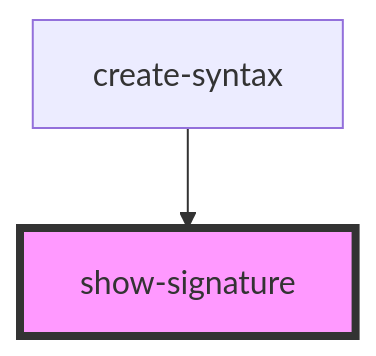
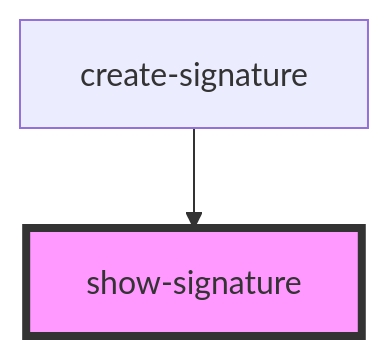
One commit to rhazn/logic-components changed the diagram in src/components/show-signature/readme.md. Above: the diagram before and after it, drawn with Mermaid. The commit also changed other lines of this file and 8 other files, not shown here.

Commit message:
renamed syntax to signature

````diff
--- a/src/components/show-signature/readme.md
+++ b/src/components/show-signature/readme.md
@@ -22,5 +22,5 @@
 ```mermaid
 graph TD;
-  create-syntax --> show-signature
+  create-signature --> show-signature
   style show-signature fill:#f9f,stroke:#333,stroke-width:4px
 ```
````
